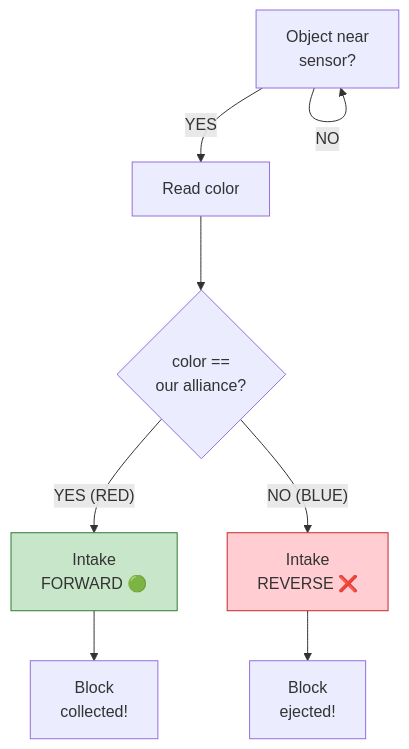
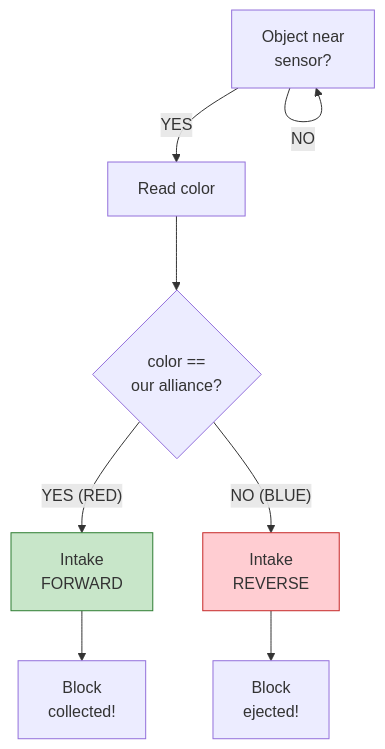
The eighth of 14 diagrams in docs/tutorials/07-advanced/02-sensor-integration.md (anowarislam/vex-pushback), drawn with Mermaid before and after one commit. The commit also changed other lines of this file and 16 other files, not shown here.

````diff
--- a/docs/tutorials/07-advanced/02-sensor-integration.md
+++ b/docs/tutorials/07-advanced/02-sensor-integration.md
@@ -360,15 +360,15 @@
 ```mermaid
 flowchart TD
     A["Object near\nsensor?"] -->|"YES"| B["Read color"]
     A -->|"NO"| A
 
     B --> C{"color ==\nour alliance?"}
-    C -->|"YES (RED)"| D["Intake\nFORWARD 🟢"]
-    C -->|"NO (BLUE)"| E["Intake\nREVERSE ❌"]
+    C -->|"YES (RED)"| D["Intake\nFORWARD"]
+    C -->|"NO (BLUE)"| E["Intake\nREVERSE"]
 
     D --> F["Block\ncollected!"]
     E --> G["Block\nejected!"]
 
     style D fill:#c8e6c9,stroke:#2e7d32
     style E fill:#ffcdd2,stroke:#c62828
 ```
````
